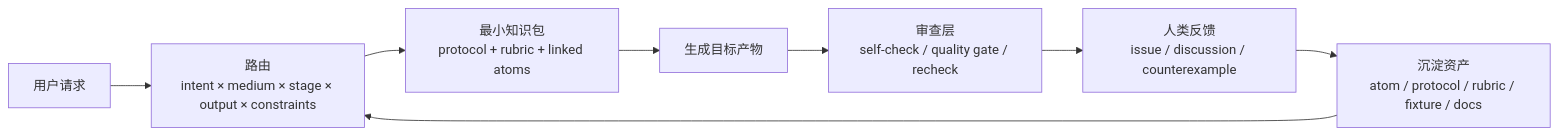
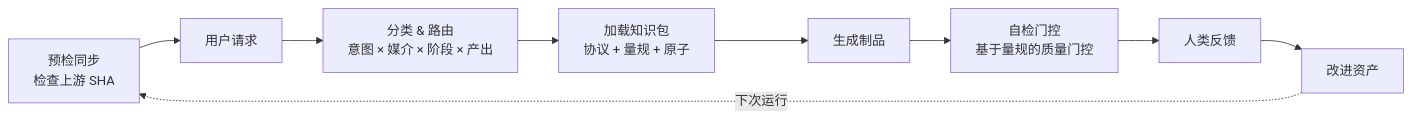
Before and after one commit to XucroYuri/how-to-make-script: the diagram in README_zh.md, drawn with Mermaid. The commit also changed other lines of this file and 3 other files, not shown here.

First line of the commit message:
Rewrite hero SVGs as pipeline flow and restructure both READMEs

````diff
--- a/README_zh.md
+++ b/README_zh.md
@@ -198,10 +194,11 @@
 ```mermaid
 flowchart LR
-    A["用户请求"] --> B["路由<br/>intent × medium × stage × output × constraints"]
-    B --> C["最小知识包<br/>protocol + rubric + linked atoms"]
-    C --> D["生成目标产物"]
-    D --> E["审查层<br/>self-check / quality gate / recheck"]
-    E --> F["人类反馈<br/>issue / discussion / counterexample"]
-    F --> G["沉淀资产<br/>atom / protocol / rubric / fixture / docs"]
-    G --> B
+    S["预检同步<br/>检查上游 SHA"] --> A["用户请求"]
+    A --> B["分类 & 路由<br/>意图 × 媒介 × 阶段 × 产出"]
+    B --> C["加载知识包<br/>协议 + 量规 + 原子"]
+    C --> D["生成制品"]
+    D --> E["自检门控<br/>基于量规的质量门控"]
+    E --> F["人类反馈"]
+    F --> G["改进资产"]
+    G -.->|"下次运行"| S
 ```
````
